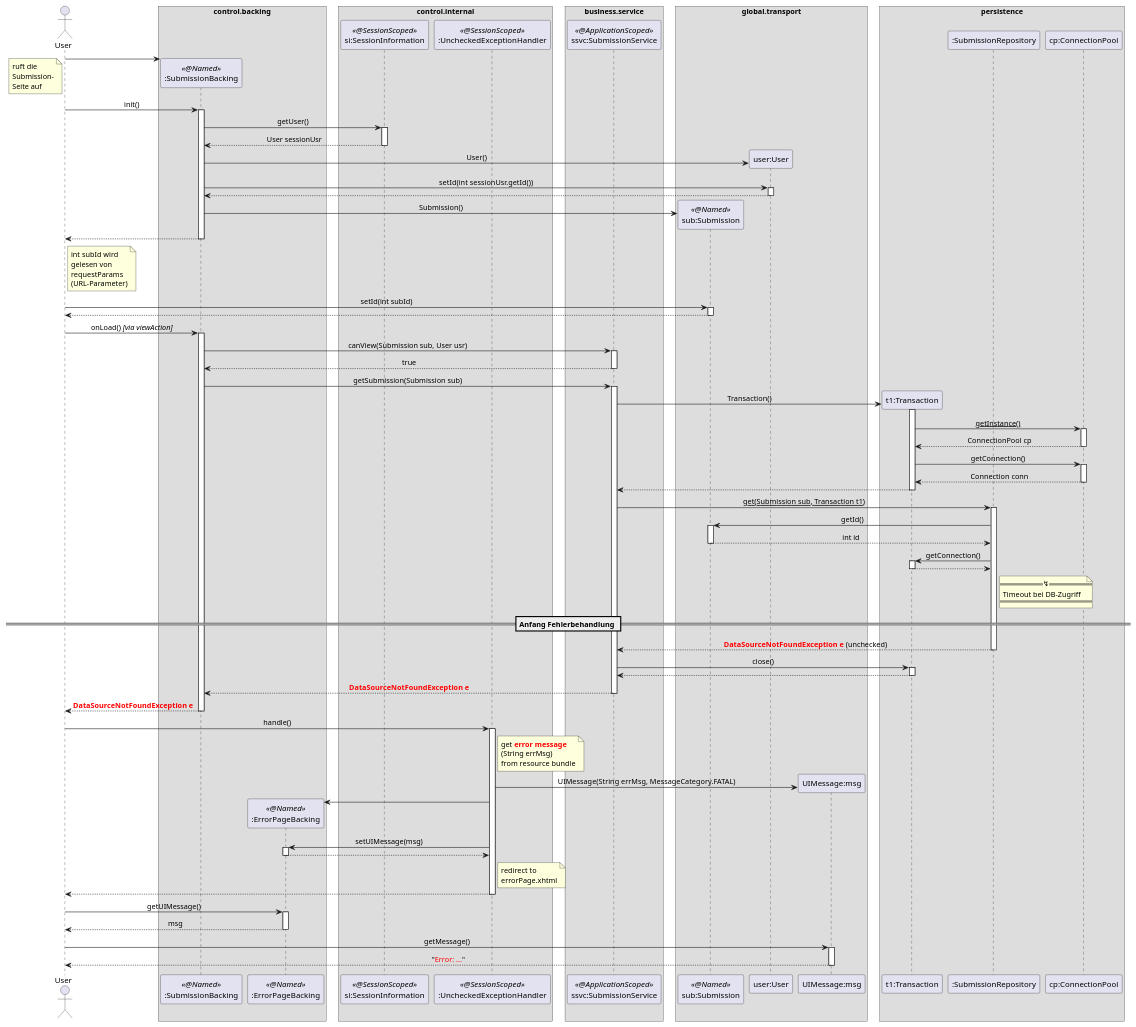
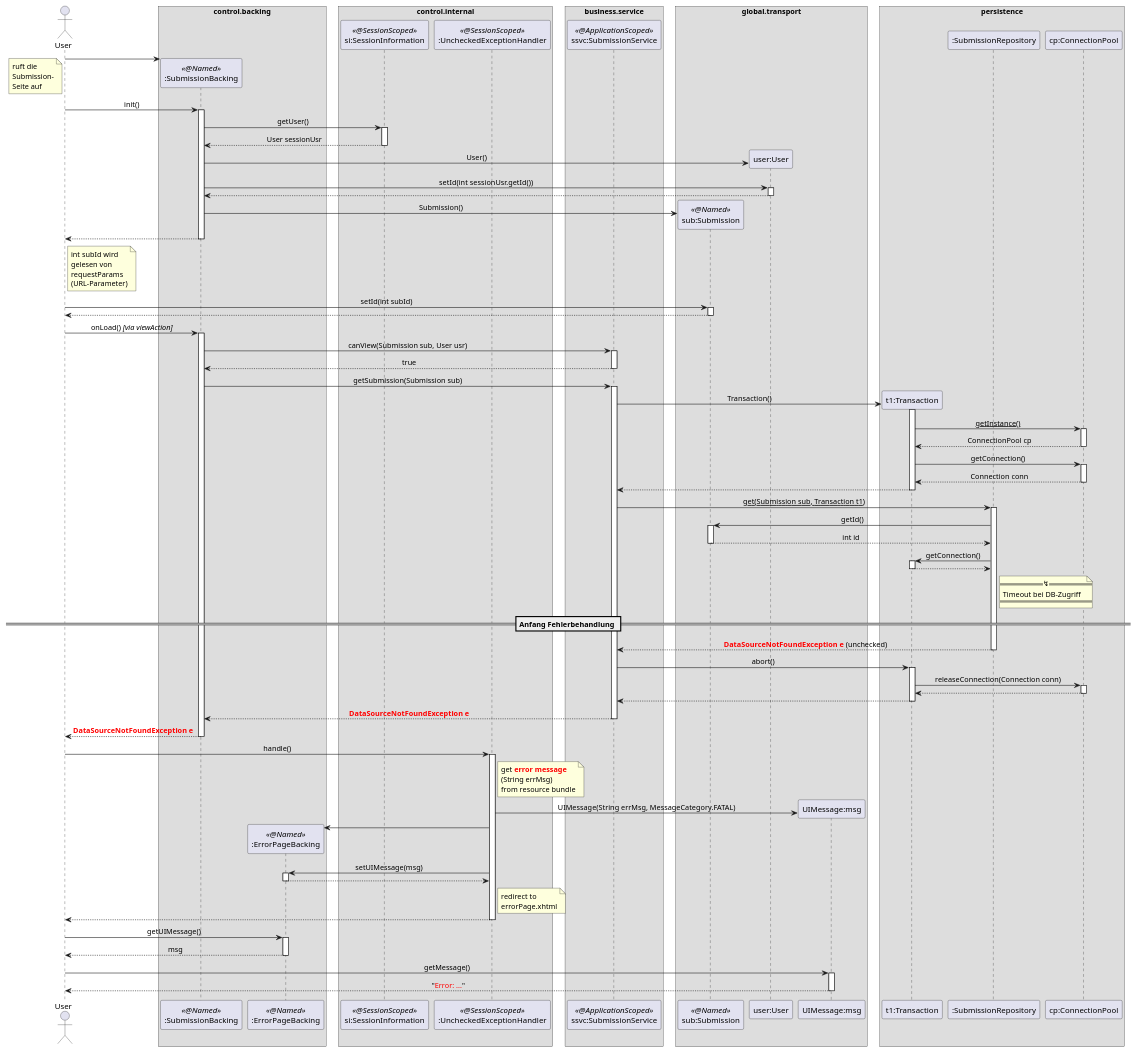
The diagram in docs/Feinspezi/puml/upload_revision_failure.puml (guersterst/LasEs), drawn with PlantUML before and after one commit.

```diff
--- a/docs/Feinspezi/puml/upload_revision_failure.puml
+++ b/docs/Feinspezi/puml/upload_revision_failure.puml
@@ -1,136 +1,138 @@
 @startuml
 'https://plantuml.com/sequence-diagram
 
 '!theme aws-orange
 skinparam sequenceMessageAlign center
 skinparam BoxPadding 10
 'skinparam LifelineStrategy nosolid
 'autonumber
 'autoactivate on
 'hide footbox
 
 actor User as user
 
 box "control.backing"
     participant ":SubmissionBacking" as sb << @Named >>
     participant ":ErrorPageBacking" as epb << @Named >>
 end box
 'box "???"
 '    participant ":ResourceBundle" as rscBundle
 'end box
 box "control.internal"
     participant "si:SessionInformation" as si << @SessionScoped >>
     participant ":UncheckedExceptionHandler" as eh << @SessionScoped >>
 end box
 box "control.validation"
 end box
 box "business.service"
     participant "ssvc:SubmissionService" as ssvc << @ApplicationScoped >>
 end box
 box "global.transport"
     participant "sub:Submission" as sub << @Named >>
     participant "user:User" as usr
     participant "UIMessage:msg" as msg
 end box
 box persistence
     participant "t1:Transaction" as t1
     participant ":SubmissionRepository" as sr
     participant "cp:ConnectionPool" as cp
 end box
 
 create sb
 user -> sb
 note left
     ruft die
     Submission-
     Seite auf
 end note
 user -> sb : init()
 activate sb
     sb -> si ++ : getUser()
     return User sessionUsr
     sb -> usr ** : User()
     sb -> usr ++ : setId(int sessionUsr.getId())
     return
     sb -> sub ** : Submission()
 return
 
 note right of user
     int subId wird
     gelesen von
     requestParams
     (URL-Parameter)
 end note
 user -> sub ++ : setId(int subId)
 return
 
 
 user -> sb ++ : onLoad() //[via viewAction]//
     sb -> ssvc ++ : canView(Submission sub, User usr)
     return true
 
     sb -> ssvc : getSubmission(Submission sub)
     activate ssvc
         ssvc -> t1 ** : Transaction()
         activate t1
             t1 -> cp : __getInstance()__
             activate cp
             return ConnectionPool cp
             t1 -> cp : getConnection()
             activate cp
             return Connection conn
         return
         ssvc -> sr : __get(Submission sub, Transaction t1)__
         activate sr
             sr -> sub : getId()
             activate sub
             return int id
             sr -> t1 ++ : getConnection()
             return
         note right of sr
         == ↯ ==
         Timeout bei DB-Zugriff
         ====
         end note
 
 == Anfang Fehlerbehandlung ==
         return <font color=red><b>DataSourceNotFoundException e</b></font> (unchecked)
 
-        ssvc -> t1 ++ : close()
+        ssvc -> t1 ++ : abort()
+            t1 -> cp ++ : releaseConnection(Connection conn)
+            return
         return
 
     return <font color=red><b>DataSourceNotFoundException e
 return <font color=red><b>DataSourceNotFoundException e
 
 user -> eh ++ : handle()
     note right of eh
     get <font color=red><b>error</b></font> <font color=red><b>message</b></font>
     (String errMsg)
     from resource bundle
     end note
 
     eh -> msg ** : UIMessage(String errMsg, MessageCategory.FATAL)
 
     eh -> epb **
     eh -> epb ++ : setUIMessage(msg)
     return
 
     note right of eh
     redirect to
     errorPage.xhtml
     end note
 
 return
 
 user -> epb ++ : getUIMessage()
 return msg
 user -> msg ++ : getMessage()
 return "<font color=red>Error: ...</font>"
 
 'note left
 'Die Ablehnung war
 'nicht erfolgreich
 'end note
 
 
 @enduml
```
